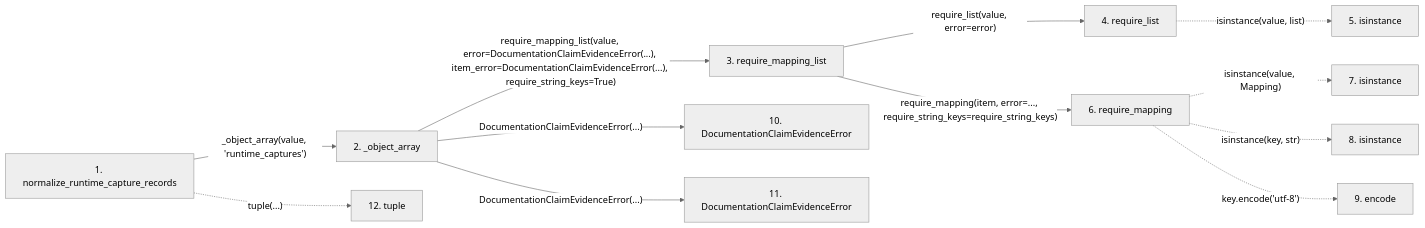
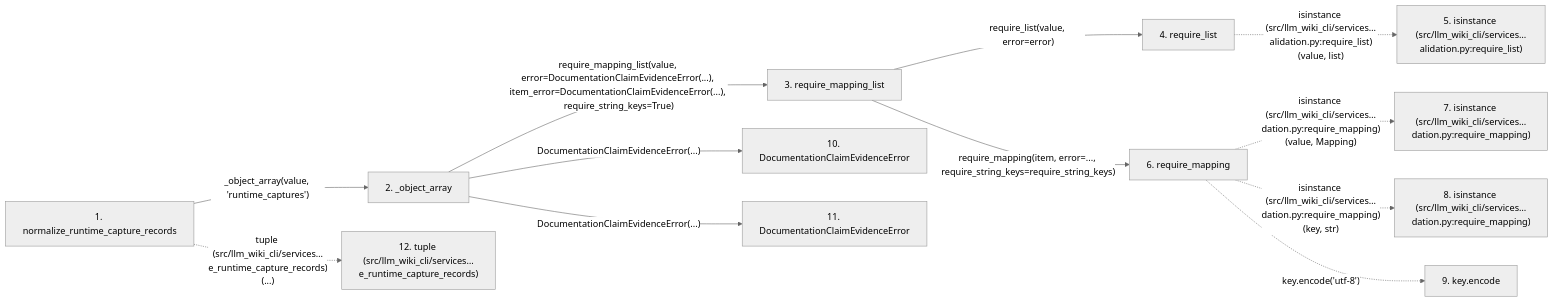
One commit to Denissvgn/python-wiki-llm changed the second of 2 diagrams in docs/llm_wiki/flows/api-normalize_runtime_capture_records.md. Above: the diagram before and after it, drawn with Mermaid (neutral theme). The commit also changed other lines of this file and 719 other files, not shown here.

````diff
--- a/docs/llm_wiki/flows/api-normalize_runtime_capture_records.md
+++ b/docs/llm_wiki/flows/api-normalize_runtime_capture_records.md
@@ -69,33 +72,33 @@
 ```mermaid
 flowchart LR
     s1["1. normalize_runtime_capture_records"]
     s2["2. _object_array"]
     s3["3. require_mapping_list"]
     s4["4. require_list"]
-    s5["5. isinstance"]
+    s5["5. isinstance (src/llm_wiki_cli/services…alidation.py:require_list)"]
     s6["6. require_mapping"]
-    s7["7. isinstance"]
-    s8["8. isinstance"]
-    s9["9. encode"]
+    s7["7. isinstance (src/llm_wiki_cli/services…dation.py:require_mapping)"]
+    s8["8. isinstance (src/llm_wiki_cli/services…dation.py:require_mapping)"]
+    s9["9. key.encode"]
     s10["10. DocumentationClaimEvidenceError"]
     s11["11. DocumentationClaimEvidenceError"]
-    s12["12. tuple"]
+    s12["12. tuple (src/llm_wiki_cli/services…e_runtime_capture_records)"]
     s1 -->|"_object_array(value, 'runtime_captures')"| s2
     s2 -->|"require_mapping_list(value, error=DocumentationClaimEvidenceError(...), item_error=DocumentationClaimEvidenceError(...), require_string_keys=True)"| s3
     s3 -->|"require_list(value, error=error)"| s4
-    s4 -. "isinstance(value, list)" .-> s5
+    s4 -. "isinstance (src/llm_wiki_cli/services…alidation.py:require_list)(value, list)" .-> s5
     s3 -->|"require_mapping(item, error=..., require_string_keys=require_string_keys)"| s6
-    s6 -. "isinstance(value, Mapping)" .-> s7
-    s6 -. "isinstance(key, str)" .-> s8
+    s6 -. "isinstance (src/llm_wiki_cli/services…dation.py:require_mapping)(value, Mapping)" .-> s7
+    s6 -. "isinstance (src/llm_wiki_cli/services…dation.py:require_mapping)(key, str)" .-> s8
     s6 -. "key.encode('utf-8')" .-> s9
     s2 -->|"DocumentationClaimEvidenceError(...)"| s10
     s2 -->|"DocumentationClaimEvidenceError(...)"| s11
-    s1 -. "tuple(...)" .-> s12
+    s1 -. "tuple (src/llm_wiki_cli/services…e_runtime_capture_records)(...)" .-> s12
     click s1 "../modules/documentation_claim_evidence.md"
     click s2 "../modules/documentation_claim_evidence.md"
     click s3 "../modules/validation.md"
     click s4 "../modules/validation.md"
     click s6 "../modules/validation.md"
     click s10 "../modules/documentation_claim_evidence.md"
     click s11 "../modules/documentation_claim_evidence.md"
 ```
````
